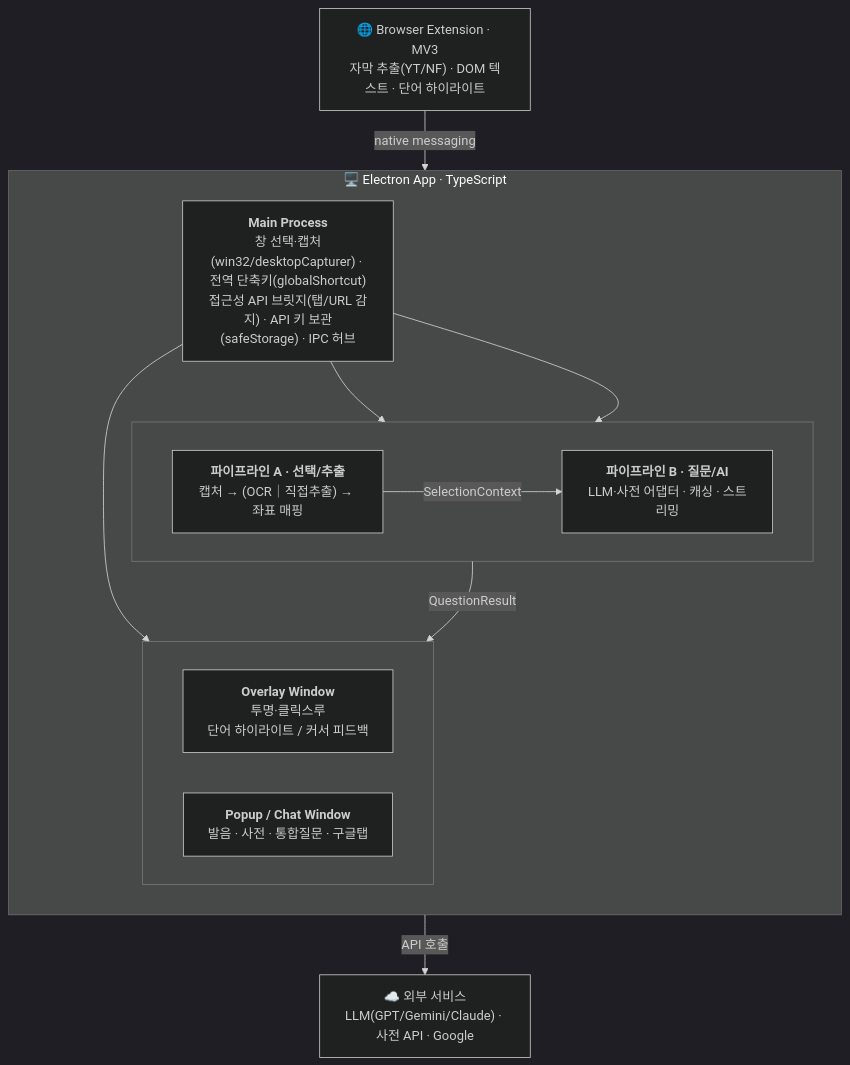
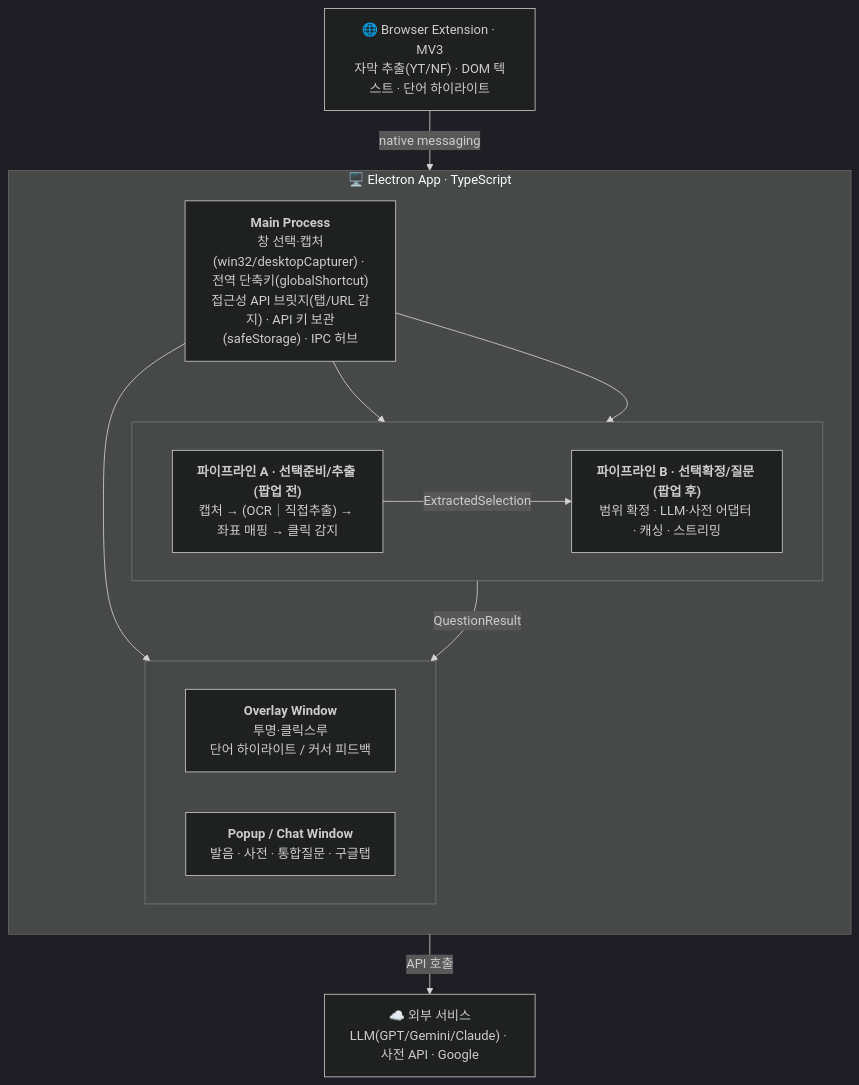
The diagram in PLAN.md (madcamp-official/JoJo), drawn with Mermaid (dark theme) before and after one commit. The commit also changed other lines of this file, not shown here.

````diff
--- a/PLAN.md
+++ b/PLAN.md
@@ -130,31 +131,31 @@
 ```mermaid
 flowchart TB
     EXT["🌐 Browser Extension · MV3<br/>자막 추출(YT/NF) · DOM 텍스트 · 단어 하이라이트"]
 
     subgraph APP["🖥️ Electron App · TypeScript"]
         direction TB
         MAIN["<b>Main Process</b><br/>창 선택·캡처(win32/desktopCapturer) · 전역 단축키(globalShortcut)<br/>접근성 API 브릿지(탭/URL 감지) · API 키 보관(safeStorage) · IPC 허브"]
 
         subgraph PIPE[" "]
             direction LR
-            PA["<b>파이프라인 A · 선택/추출</b><br/>캡처 → (OCR｜직접추출) → 좌표 매핑"]
-            PB["<b>파이프라인 B · 질문/AI</b><br/>LLM·사전 어댑터 · 캐싱 · 스트리밍"]
+            PA["<b>파이프라인 A · 선택준비/추출 (팝업 전)</b><br/>캡처 → (OCR｜직접추출) → 좌표 매핑 → 클릭 감지"]
+            PB["<b>파이프라인 B · 선택확정/질문 (팝업 후)</b><br/>범위 확정 · LLM·사전 어댑터 · 캐싱 · 스트리밍"]
         end
 
         subgraph WINS[" "]
             direction LR
             OVL["<b>Overlay Window</b><br/>투명·클릭스루<br/>단어 하이라이트 / 커서 피드백"]
             POP["<b>Popup / Chat Window</b><br/>발음 · 사전 · 통합질문 · 구글탭"]
         end
     end
 
     SVC["☁️ 외부 서비스<br/>LLM(GPT/Gemini/Claude) · 사전 API · Google"]
 
     EXT -- "native messaging" --> MAIN
     MAIN --> PA
     MAIN --> PB
     MAIN --> OVL
-    PA -- "SelectionContext" --> PB
+    PA -- "ExtractedSelection" --> PB
     PB -- "QuestionResult" --> POP
     PB -- "API 호출" --> SVC
 ```
````
